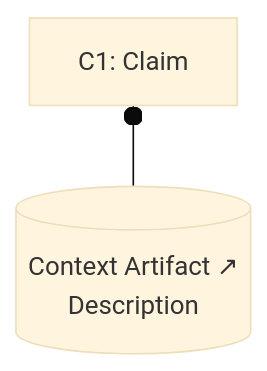
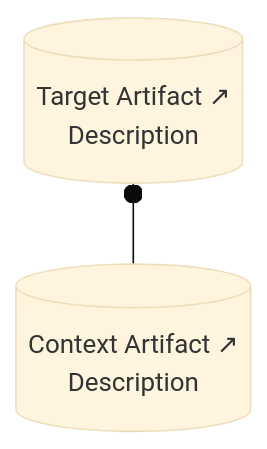
Before and after one commit to coreinfrastructure/best-practices-badge: diagram 17 of 19 in docs/sacm-mermaid.md, drawn with Mermaid (base theme). The commit also changed other lines of this file, not shown here.

````diff
--- a/docs/sacm-mermaid.md
+++ b/docs/sacm-mermaid.md
@@ -632,6 +621,6 @@
 ```mermaid
 flowchart BT
     AR1[("Context Artifact ↗<br/>Description")]
-    C1["C1: Claim"]
-    AR1 --o C1
+    AR2[("Target Artifact ↗<br/>Description")]
+    AR1 --o AR2
 ```
````
